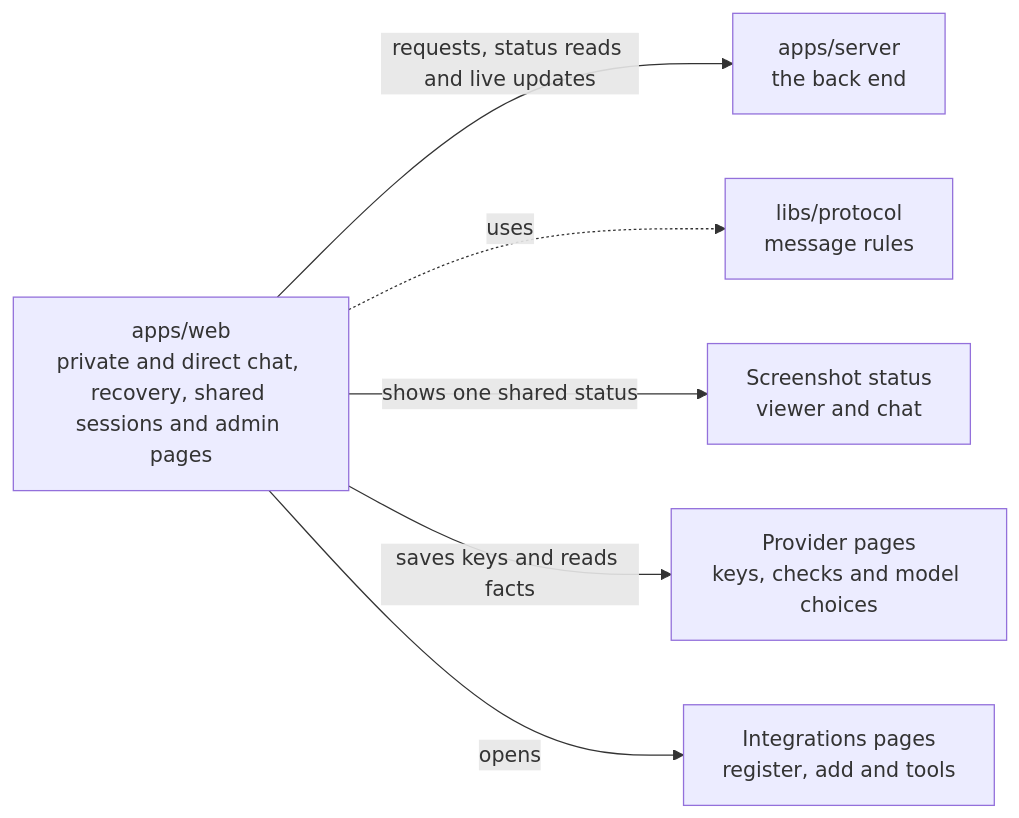
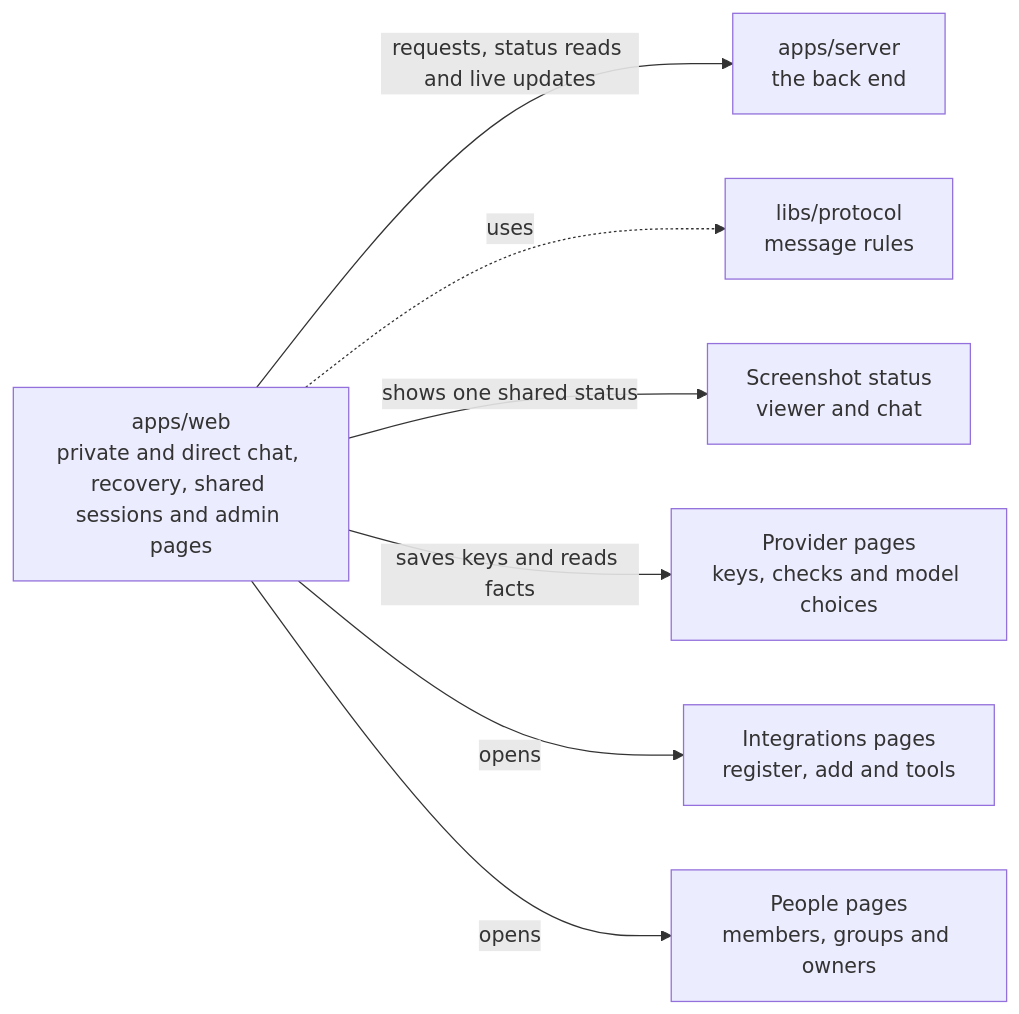
Before and after one commit to elewa-git/opencrane-new: the diagram in apps/web/README.md, drawn with Mermaid. The commit also changed other lines of this file and 14 other files, not shown here.

````diff
--- a/apps/web/README.md
+++ b/apps/web/README.md
@@ -11,8 +11,9 @@
 ```mermaid
 flowchart LR
   web["apps/web<br/>private and direct chat, recovery, shared sessions and admin pages"] -->|requests, status reads and live updates| server["apps/server<br/>the back end"]
   web -.->|uses| protocol["libs/protocol<br/>message rules"]
   web -->|shows one shared status| capture["Screenshot status<br/>viewer and chat"]
   web -->|saves keys and reads facts| providers["Provider pages<br/>keys, checks and model choices"]
   web -->|opens| integrations["Integrations pages<br/>register, add and tools"]
+  web -->|opens| people["People pages<br/>members, groups and owners"]
 ```
````
